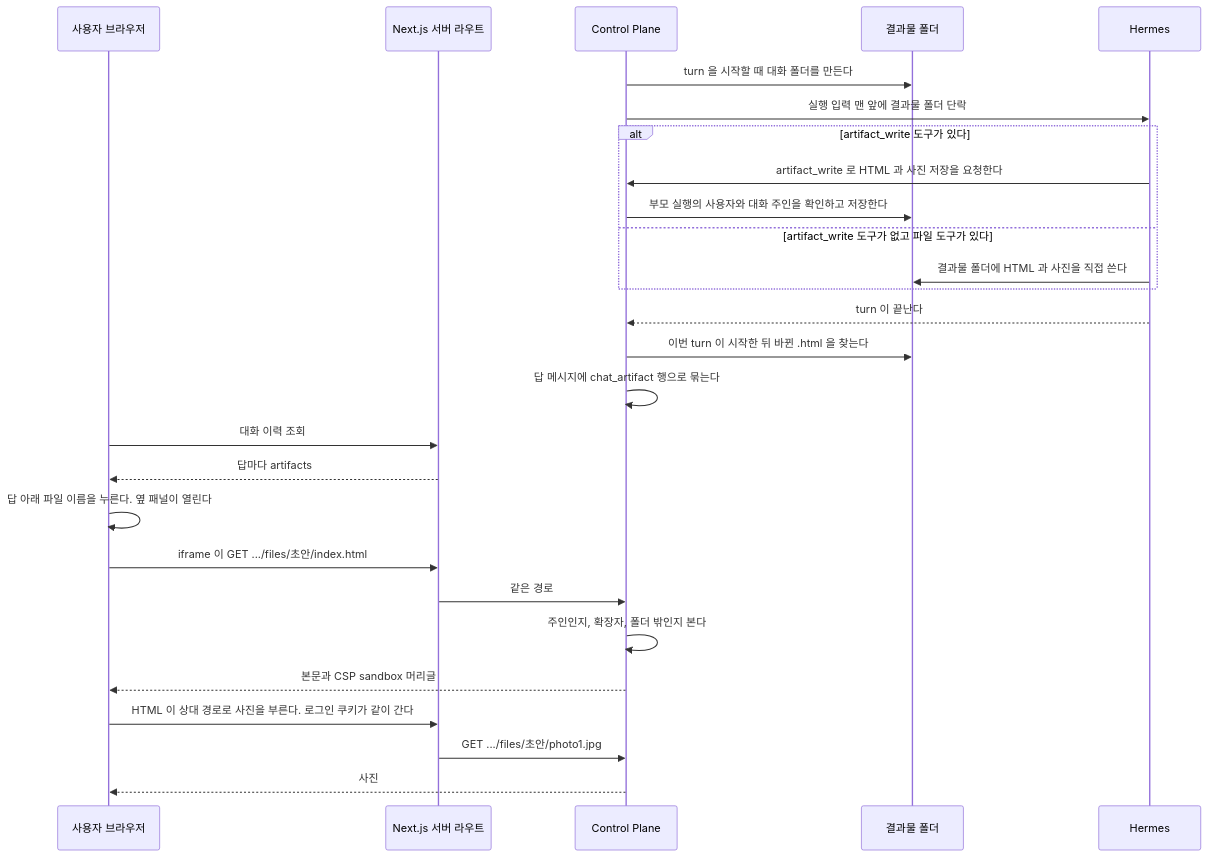
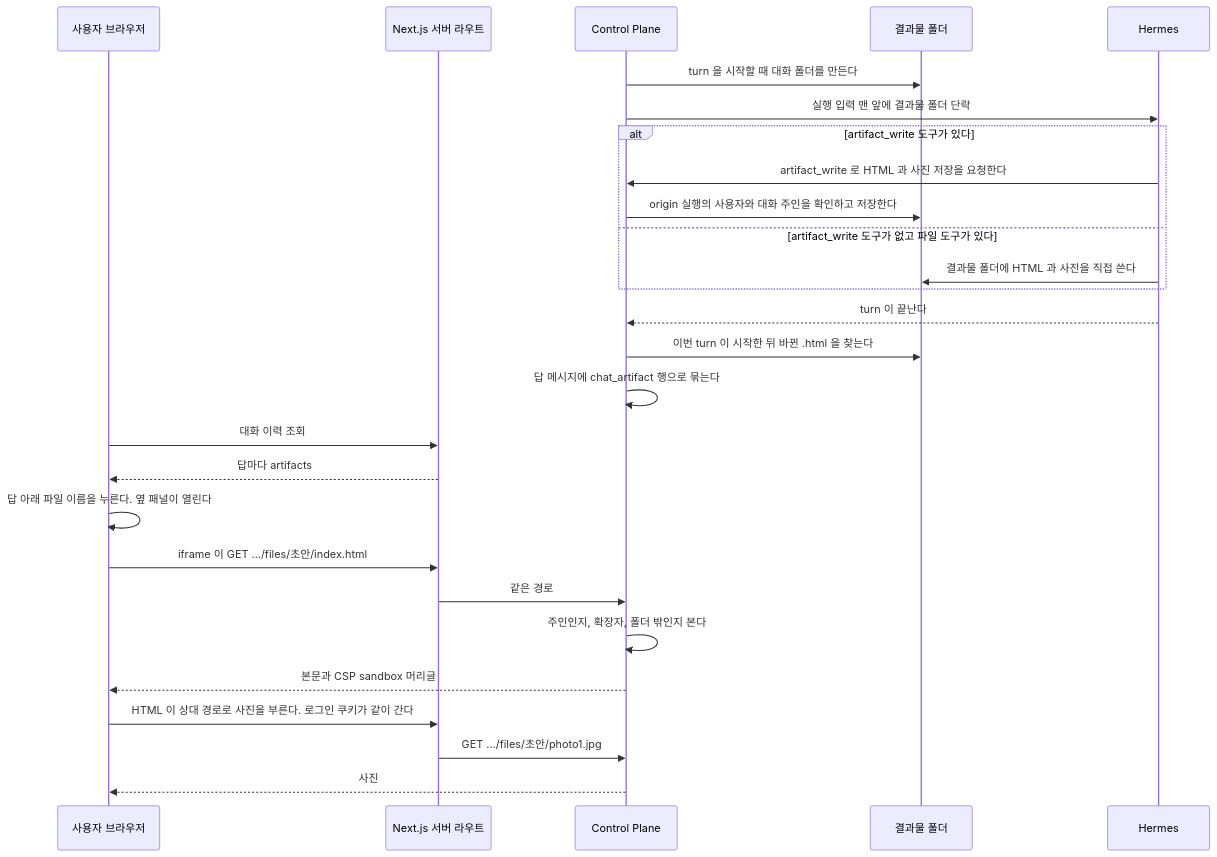
Diagram 19 of 22 in docs/flow.md (jon890/fos-assistant), drawn with Mermaid before and after one commit. The commit also changed other lines of this file and 7 other files, not shown here.

````diff
--- a/docs/flow.md
+++ b/docs/flow.md
@@ -1125,30 +1188,30 @@
 ```mermaid
 sequenceDiagram
     participant U as 사용자 브라우저
     participant W as Next.js 서버 라우트
     participant C as Control Plane
     participant D as 결과물 폴더
     participant H as Hermes
 
     C->>D: turn 을 시작할 때 대화 폴더를 만든다
     C->>H: 실행 입력 맨 앞에 결과물 폴더 단락
     alt artifact_write 도구가 있다
         H->>C: artifact_write 로 HTML 과 사진 저장을 요청한다
-        C->>D: 부모 실행의 사용자와 대화 주인을 확인하고 저장한다
+        C->>D: origin 실행의 사용자와 대화 주인을 확인하고 저장한다
     else artifact_write 도구가 없고 파일 도구가 있다
         H->>D: 결과물 폴더에 HTML 과 사진을 직접 쓴다
     end
     H-->>C: turn 이 끝난다
     C->>D: 이번 turn 이 시작한 뒤 바뀐 .html 을 찾는다
     C->>C: 답 메시지에 chat_artifact 행으로 묶는다
     U->>W: 대화 이력 조회
     W-->>U: 답마다 artifacts
     U->>U: 답 아래 파일 이름을 누른다. 옆 패널이 열린다
     U->>W: iframe 이 GET .../files/초안/index.html
     W->>C: 같은 경로
     C->>C: 주인인지, 확장자, 폴더 밖인지 본다
     C-->>U: 본문과 CSP sandbox 머리글
     U->>W: HTML 이 상대 경로로 사진을 부른다. 로그인 쿠키가 같이 간다
     W->>C: GET .../files/초안/photo1.jpg
     C-->>U: 사진
 ```
````
